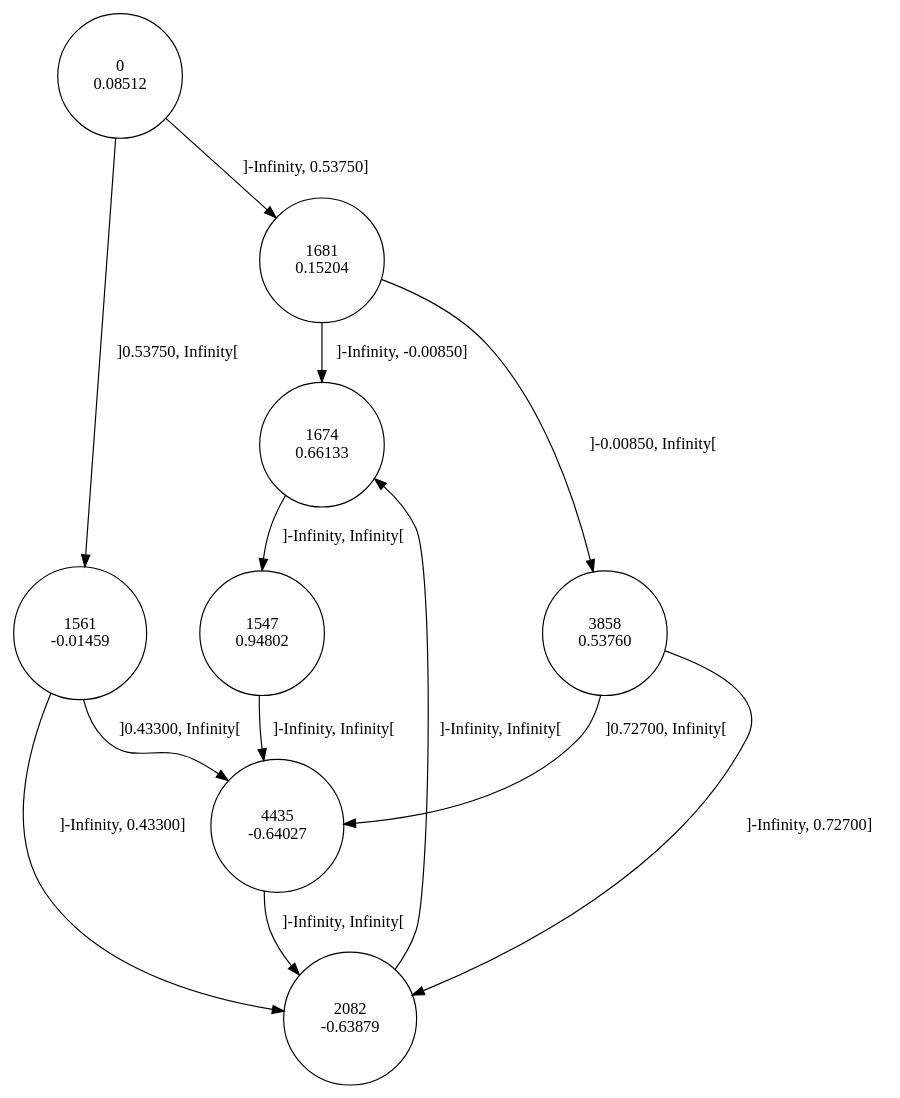
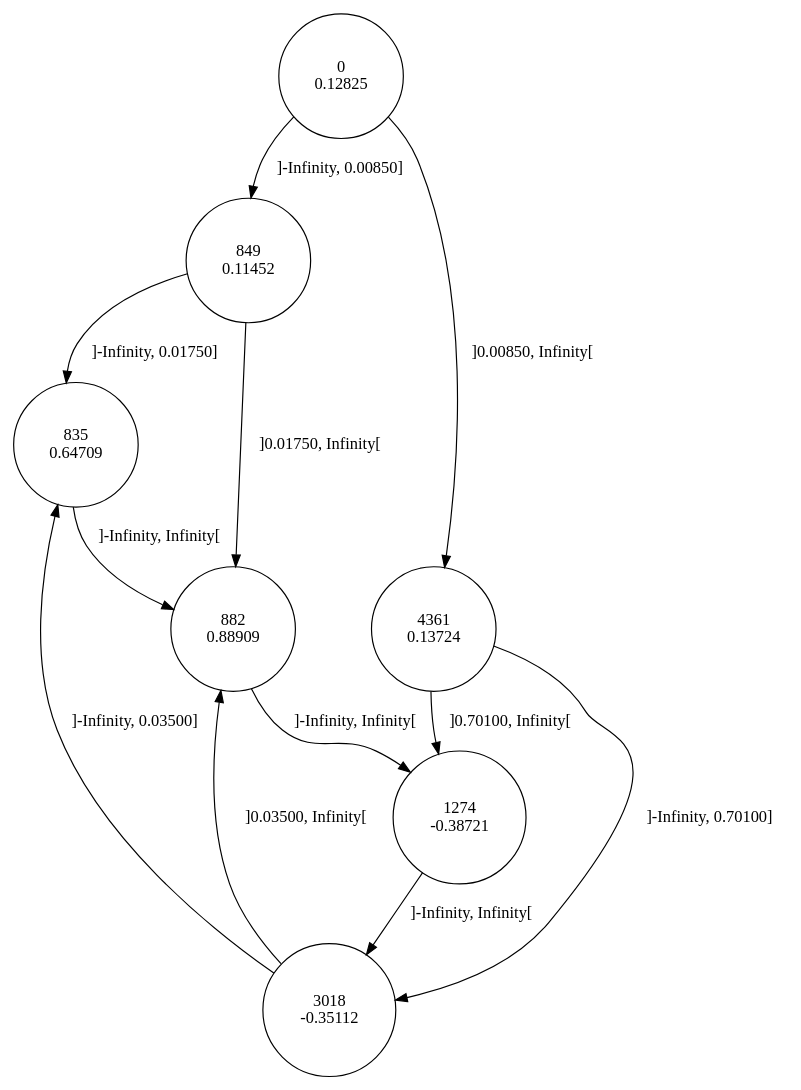
One commit to gllpellegrino/RAI_experiments changed the diagram in distorced_sinus_2/data/1/rai.dot. Above: the diagram before and after it, drawn with Graphviz. The commit also changed 306 other files, not shown here.

```diff
--- a/distorced_sinus_2/data/1/rai.dot
+++ b/distorced_sinus_2/data/1/rai.dot
@@ -1,22 +1,20 @@
 digraph DFA {
-0 [shape=circle, label="0\n0.08512"];
-	0 -> 1681 [label="]-Infinity, 0.53750]"];
-	0 -> 1561 [label="]0.53750, Infinity["];
-1561 [shape=circle, label="1561\n-0.01459"];
-	1561 -> 2082 [label="]-Infinity, 0.43300]"];
-	1561 -> 4435 [label="]0.43300, Infinity["];
-4435 [shape=circle, label="4435\n-0.64027"];
-	4435 -> 2082 [label="]-Infinity, Infinity["];
-2082 [shape=circle, label="2082\n-0.63879"];
-	2082 -> 1674 [label="]-Infinity, Infinity["];
-1674 [shape=circle, label="1674\n0.66133"];
-	1674 -> 1547 [label="]-Infinity, Infinity["];
-1547 [shape=circle, label="1547\n0.94802"];
-	1547 -> 4435 [label="]-Infinity, Infinity["];
-1681 [shape=circle, label="1681\n0.15204"];
-	1681 -> 1674 [label="]-Infinity, -0.00850]"];
-	1681 -> 3858 [label="]-0.00850, Infinity["];
-3858 [shape=circle, label="3858\n0.53760"];
-	3858 -> 2082 [label="]-Infinity, 0.72700]"];
-	3858 -> 4435 [label="]0.72700, Infinity["];
+0 [shape=circle, label="0\n0.12825"];
+	0 -> 849 [label="]-Infinity, 0.00850]"];
+	0 -> 4361 [label="]0.00850, Infinity["];
+4361 [shape=circle, label="4361\n0.13724"];
+	4361 -> 3018 [label="]-Infinity, 0.70100]"];
+	4361 -> 1274 [label="]0.70100, Infinity["];
+1274 [shape=circle, label="1274\n-0.38721"];
+	1274 -> 3018 [label="]-Infinity, Infinity["];
+3018 [shape=circle, label="3018\n-0.35112"];
+	3018 -> 835 [label="]-Infinity, 0.03500]"];
+	3018 -> 882 [label="]0.03500, Infinity["];
+882 [shape=circle, label="882\n0.88909"];
+	882 -> 1274 [label="]-Infinity, Infinity["];
+835 [shape=circle, label="835\n0.64709"];
+	835 -> 882 [label="]-Infinity, Infinity["];
+849 [shape=circle, label="849\n0.11452"];
+	849 -> 835 [label="]-Infinity, 0.01750]"];
+	849 -> 882 [label="]0.01750, Infinity["];
 }
```
